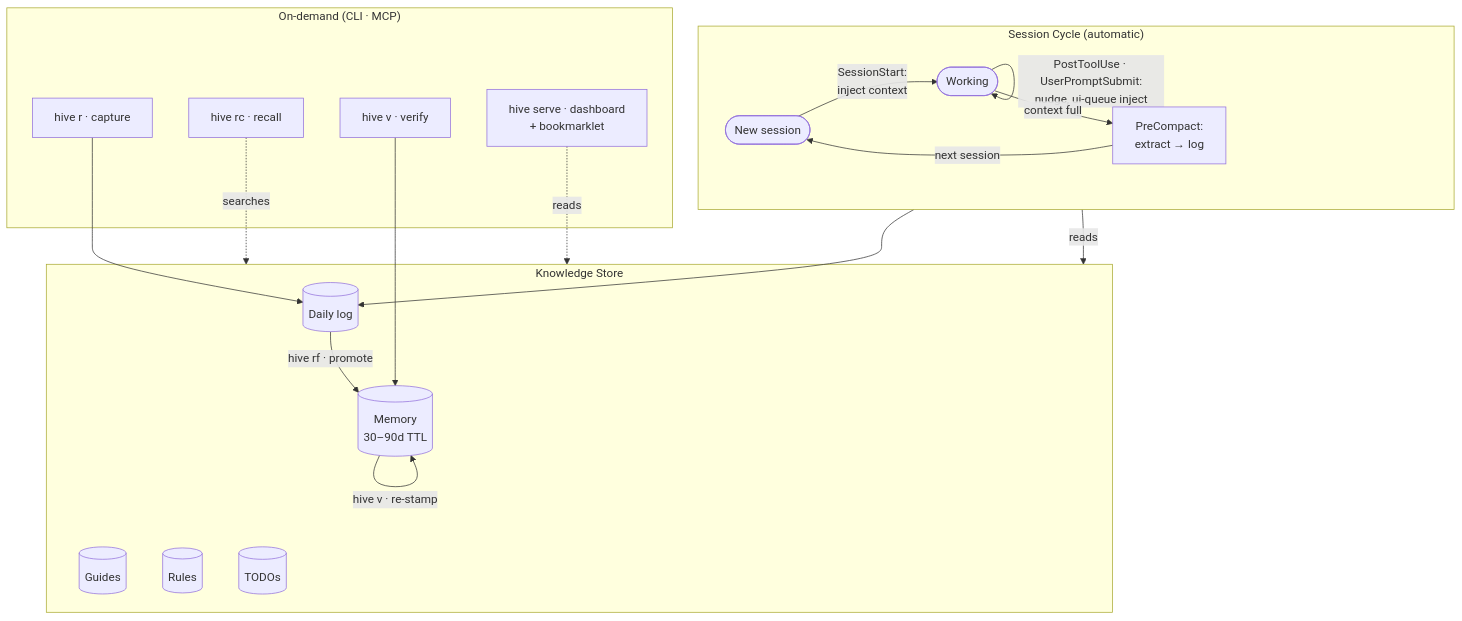
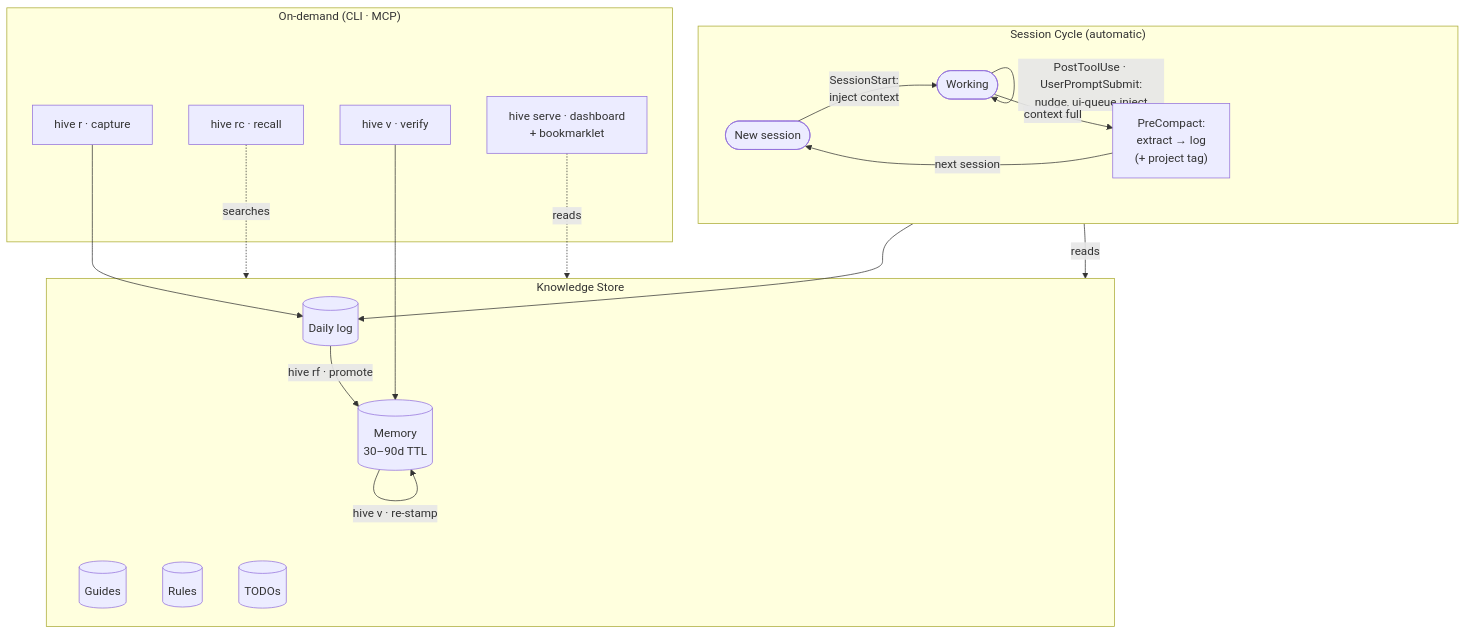
One commit to joryeugene/keephive changed the diagram in README.md. Above: the diagram before and after it, drawn with Mermaid. The commit also changed other lines of this file and 9 other files, not shown here.

````diff
--- a/README.md
+++ b/README.md
@@ -103,34 +114,34 @@
 ```mermaid
 flowchart TD
     subgraph CYCLE["Session Cycle (automatic)"]
         direction LR
         START([New session]) -->|"SessionStart:<br>inject context"| WORK([Working])
         WORK -->|"PostToolUse · UserPromptSubmit:<br>nudge, ui-queue inject"| WORK
-        WORK -->|context full| PC["PreCompact:<br>extract → log"]
+        WORK -->|context full| PC["PreCompact:<br>extract → log<br>(+ project tag)"]
         PC -->|next session| START
     end
 
     subgraph STORE["Knowledge Store"]
         MEM[("Memory<br>30–90d TTL")]
         GUIDES[("Guides")]
         RULES[("Rules")]
         LOG[("Daily log")]
         TODOS[("TODOs")]
     end
 
     subgraph MANUAL["On-demand (CLI · MCP)"]
         REM["hive r · capture"]
         RCL["hive rc · recall"]
         VRF["hive v · verify"]
         DASH["hive serve · dashboard<br>+ bookmarklet"]
     end
 
     START -->|reads| STORE
     PC --> LOG
     LOG -->|"hive rf · promote"| MEM
     MEM -->|"hive v · re-stamp"| MEM
     REM --> LOG
     RCL -.->|searches| STORE
     VRF --> MEM
     DASH -.->|reads| STORE
 ```
````
